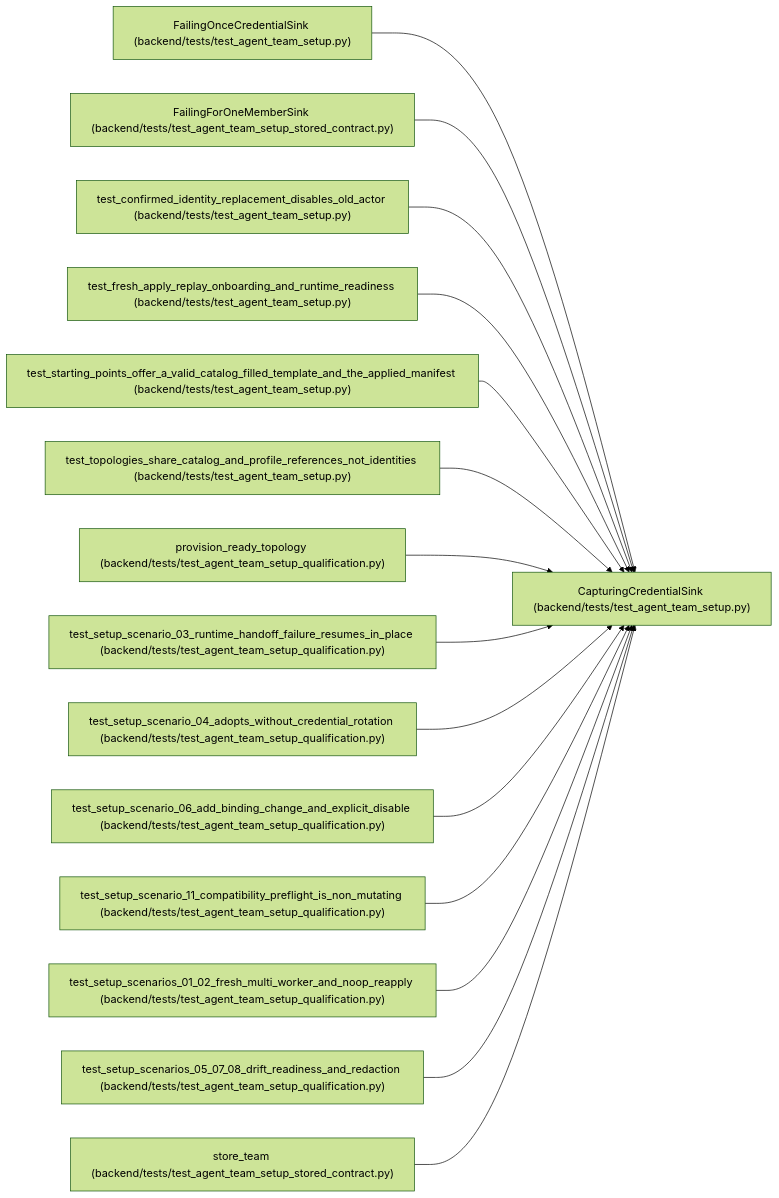
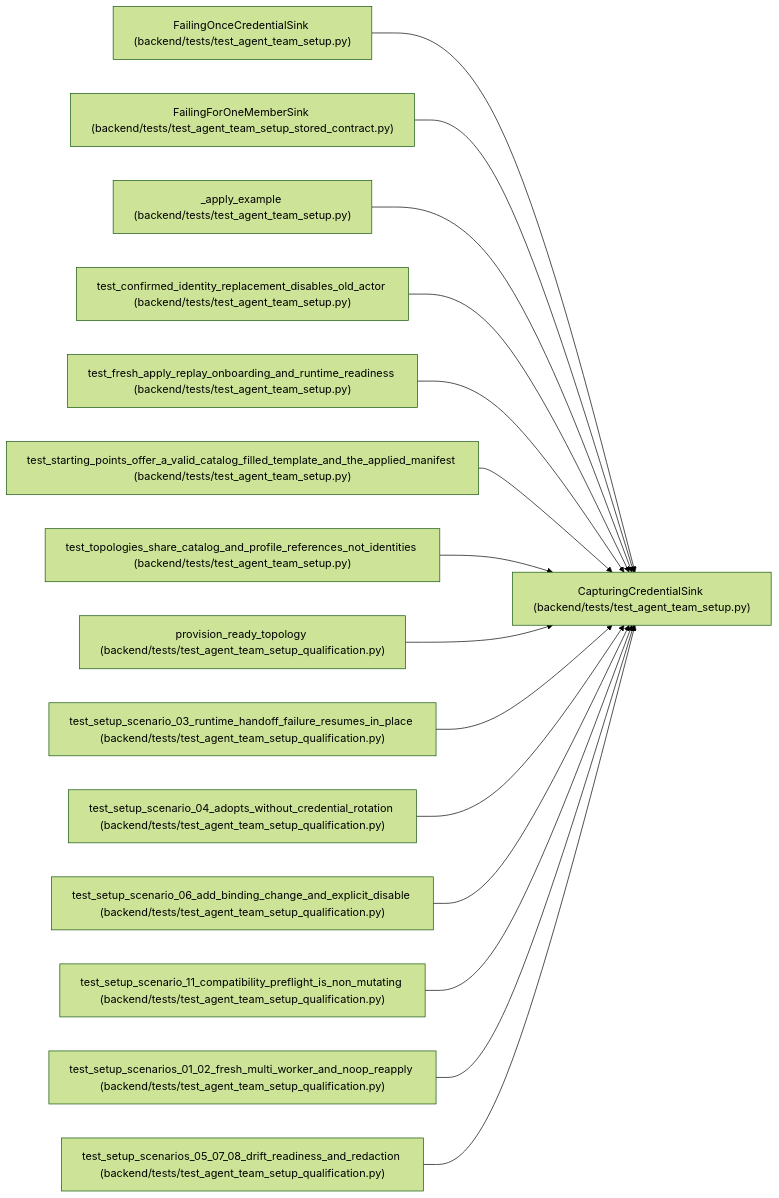
The diagram in docs/llm_wiki/entities/CapturingCredentialSink.md (Denissvgn/WorkChord), drawn with Mermaid (forest theme) before and after one commit. The commit also changed other lines of this file and 1817 other files, not shown here.

First line of the commit message:
Refresh the architectural wiki for the 1.9.0 changes

````diff
--- a/docs/llm_wiki/entities/CapturingCredentialSink.md
+++ b/docs/llm_wiki/entities/CapturingCredentialSink.md
@@ -26,47 +26,47 @@
 ```mermaid
 flowchart LR
     n0["CapturingCredentialSink (backend/tests/test_agent_team_setup.py)"]
     n1["FailingOnceCredentialSink (backend/tests/test_agent_team_setup.py)"]
     n2["FailingForOneMemberSink (backend/tests/test_agent_team_setup_stored_contract.py)"]
-    n3["test_confirmed_identity_replacement_disables_old_actor (backend/tests/test_agent_team_setup.py)"]
-    n4["test_fresh_apply_replay_onboarding_and_runtime_readiness (backend/tests/test_agent_team_setup.py)"]
-    n5["test_starting_points_offer_a_valid_catalog_filled_template_and_the_applied_manifest (backend/tests/test_agent_team_setup.py)"]
-    n6["test_topologies_share_catalog_and_profile_references_not_identities (backend/tests/test_agent_team_setup.py)"]
-    n7["provision_ready_topology (backend/tests/test_agent_team_setup_qualification.py)"]
-    n8["test_setup_scenario_03_runtime_handoff_failure_resumes_in_place (backend/tests/test_agent_team_setup_qualification.py)"]
-    n9["test_setup_scenario_04_adopts_without_credential_rotation (backend/tests/test_agent_team_setup_qualification.py)"]
-    n10["test_setup_scenario_06_add_binding_change_and_explicit_disable (backend/tests/test_agent_team_setup_qualification.py)"]
-    n11["test_setup_scenario_11_compatibility_preflight_is_non_mutating (backend/tests/test_agent_team_setup_qualification.py)"]
-    n12["test_setup_scenarios_01_02_fresh_multi_worker_and_noop_reapply (backend/tests/test_agent_team_setup_qualification.py)"]
-    n13["test_setup_scenarios_05_07_08_drift_readiness_and_redaction (backend/tests/test_agent_team_setup_qualification.py)"]
-    n14["store_team (backend/tests/test_agent_team_setup_stored_contract.py)"]
+    n3["_apply_example (backend/tests/test_agent_team_setup.py)"]
+    n4["test_confirmed_identity_replacement_disables_old_actor (backend/tests/test_agent_team_setup.py)"]
+    n5["test_fresh_apply_replay_onboarding_and_runtime_readiness (backend/tests/test_agent_team_setup.py)"]
+    n6["test_starting_points_offer_a_valid_catalog_filled_template_and_the_applied_manifest (backend/tests/test_agent_team_setup.py)"]
+    n7["test_topologies_share_catalog_and_profile_references_not_identities (backend/tests/test_agent_team_setup.py)"]
+    n8["provision_ready_topology (backend/tests/test_agent_team_setup_qualification.py)"]
+    n9["test_setup_scenario_03_runtime_handoff_failure_resumes_in_place (backend/tests/test_agent_team_setup_qualification.py)"]
+    n10["test_setup_scenario_04_adopts_without_credential_rotation (backend/tests/test_agent_team_setup_qualification.py)"]
+    n11["test_setup_scenario_06_add_binding_change_and_explicit_disable (backend/tests/test_agent_team_setup_qualification.py)"]
+    n12["test_setup_scenario_11_compatibility_preflight_is_non_mutating (backend/tests/test_agent_team_setup_qualification.py)"]
+    n13["test_setup_scenarios_01_02_fresh_multi_worker_and_noop_reapply (backend/tests/test_agent_team_setup_qualification.py)"]
+    n14["test_setup_scenarios_05_07_08_drift_readiness_and_redaction (backend/tests/test_agent_team_setup_qualification.py)"]
     n1 --> n0
     n2 --> n0
     n3 --> n0
     n4 --> n0
     n5 --> n0
     n6 --> n0
     n7 --> n0
     n8 --> n0
     n9 --> n0
     n10 --> n0
     n11 --> n0
     n12 --> n0
     n13 --> n0
     n14 --> n0
     click n0 "../modules/test_agent_team_setup.md"
     click n1 "../modules/test_agent_team_setup.md"
     click n2 "../modules/test_agent_team_setup_stored_contract.md"
     click n3 "../modules/test_agent_team_setup.md"
     click n4 "../modules/test_agent_team_setup.md"
     click n5 "../modules/test_agent_team_setup.md"
     click n6 "../modules/test_agent_team_setup.md"
-    click n7 "../modules/test_agent_team_setup_qualification.md"
+    click n7 "../modules/test_agent_team_setup.md"
     click n8 "../modules/test_agent_team_setup_qualification.md"
     click n9 "../modules/test_agent_team_setup_qualification.md"
     click n10 "../modules/test_agent_team_setup_qualification.md"
     click n11 "../modules/test_agent_team_setup_qualification.md"
     click n12 "../modules/test_agent_team_setup_qualification.md"
     click n13 "../modules/test_agent_team_setup_qualification.md"
-    click n14 "../modules/test_agent_team_setup_stored_contract.md"
+    click n14 "../modules/test_agent_team_setup_qualification.md"
 ```
````
